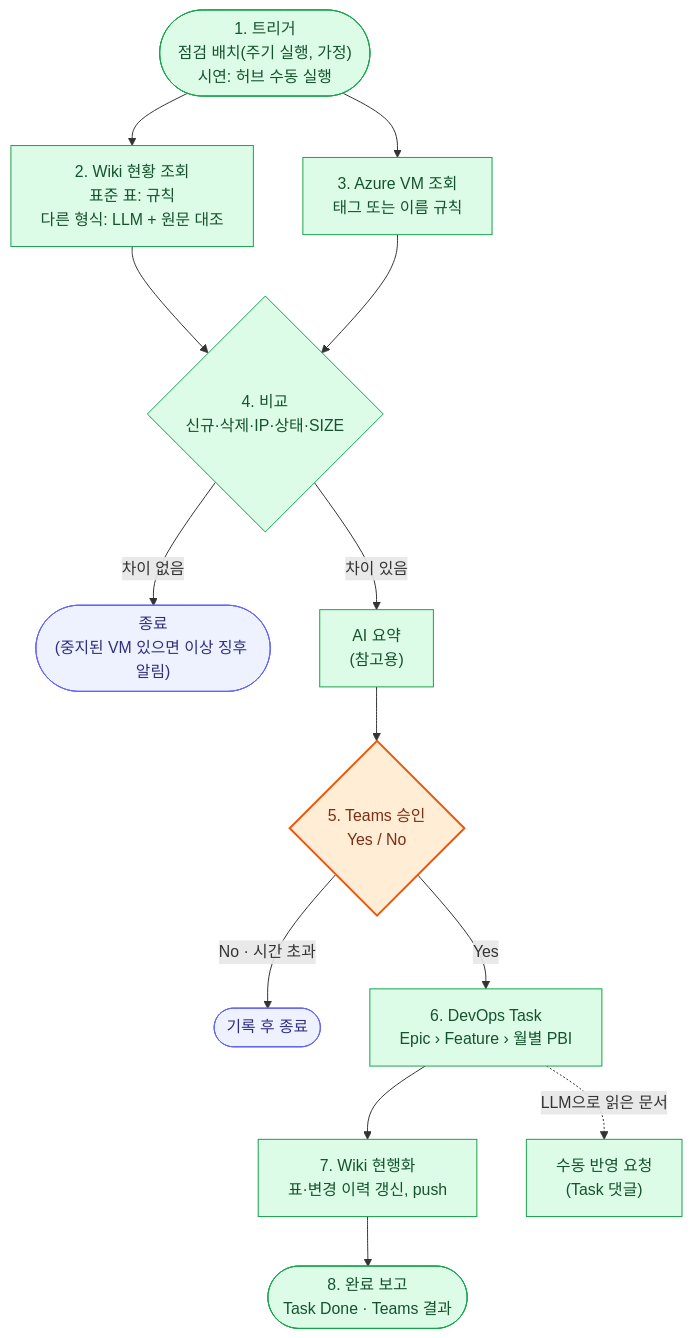
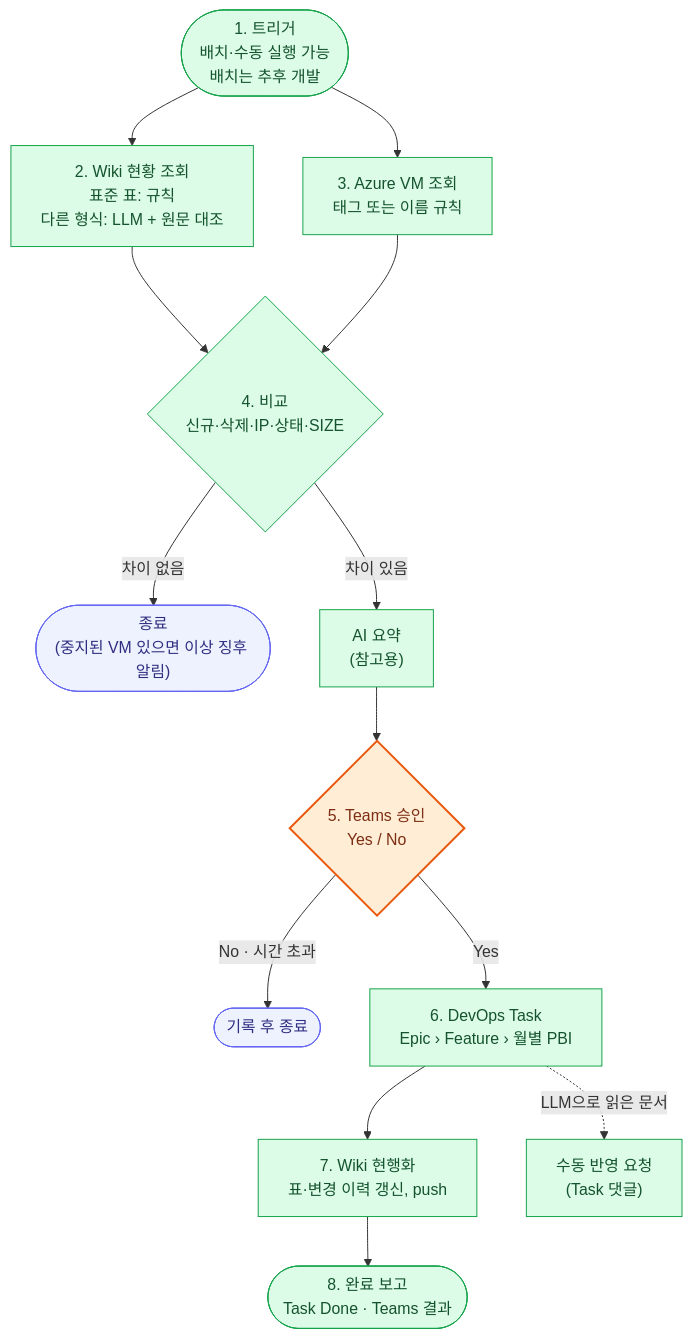
One commit to pcmola/ai-master changed the second of 10 diagrams in README.md. Above: the diagram before and after it, drawn with Mermaid. The commit also changed other lines of this file and 1 other file, not shown here.

Commit message:
README·허브 툴팁: 시나리오 2·3 트리거를 '배치·수동 실행 가능, 배치는 추후 개발'로

````diff
--- a/README.md
+++ b/README.md
@@ -191,23 +191,23 @@
 ```mermaid
 flowchart TD
-    t(["1. 트리거<br/>점검 배치(주기 실행, 가정)<br/>시연: 허브 수동 실행"]) --> w["2. Wiki 현황 조회<br/>표준 표: 규칙<br/>다른 형식: LLM + 원문 대조"]
+    t(["1. 트리거<br/>배치·수동 실행 가능<br/>배치는 추후 개발"]) --> w["2. Wiki 현황 조회<br/>표준 표: 규칙<br/>다른 형식: LLM + 원문 대조"]
     t --> az["3. Azure VM 조회<br/>태그 또는 이름 규칙"]
     w --> c{"4. 비교<br/>신규·삭제·IP·상태·SIZE"}
     az --> c
     c -- "차이 없음" --> end0(["종료<br/>(중지된 VM 있으면 이상 징후 알림)"])
     c -- "차이 있음" --> ai["AI 요약<br/>(참고용)"]
     ai --> ap{"5. Teams 승인<br/>Yes / No"}
     ap -- "No · 시간 초과" --> end1(["기록 후 종료"])
     ap -- "Yes" --> task["6. DevOps Task<br/>Epic › Feature › 월별 PBI"]
     task --> wu["7. Wiki 현행화<br/>표·변경 이력 갱신, push"]
     task -. "LLM으로 읽은 문서" .-> man["수동 반영 요청<br/>(Task 댓글)"]
     wu --> rep(["8. 완료 보고<br/>Task Done · Teams 결과"])
 
     classDef done fill:#DCFCE7,stroke:#16A34A,color:#14532D
     classDef user fill:#FFEDD5,stroke:#EA580C,stroke-width:2px,color:#7C2D12
     classDef io fill:#EEF2FF,stroke:#6366F1,color:#312E81
     classDef ext fill:#E0F2FE,stroke:#0284C7,color:#0C4A6E
     class t,w,az,c,ai,task,wu,rep,man done
     class ap user
     class end0,end1 io
 ```
````
